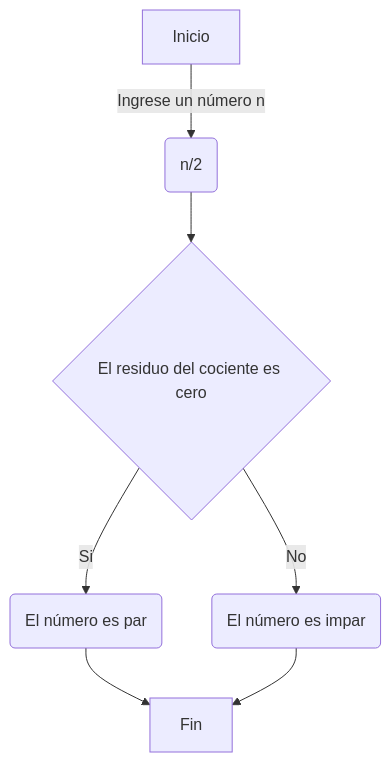
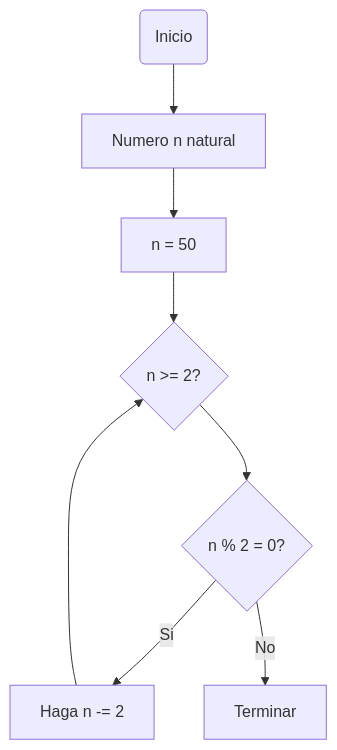
The third of 3 diagrams in README.md (aanavega/Reto-siete), drawn with Mermaid before and after one commit. The commit also changed other lines of this file, not shown here.

````diff
--- a/README.md
+++ b/README.md
@@ -37,9 +90,11 @@
 ```mermaid
 flowchart TD
-    A[Inicio] -->|Ingrese un número n| B(n/2)
-    B --> C{El residuo del cociente es cero}
-    C -- Si --> D(El número es par)
-    C -- No --> E(El número es impar)
-    D --> F[Fin]
-    E --> F
+   B(Inicio)
+   B --> C[Numero n natural]
+   C -->D[n = 50]
+    -->G{n >= 2?}
+    --> J{n % 2 = 0?}
+  J -->|Si|h[Haga n -= 2]
+  J -->|No|K[Terminar]
+  h-->G
 ```
````
